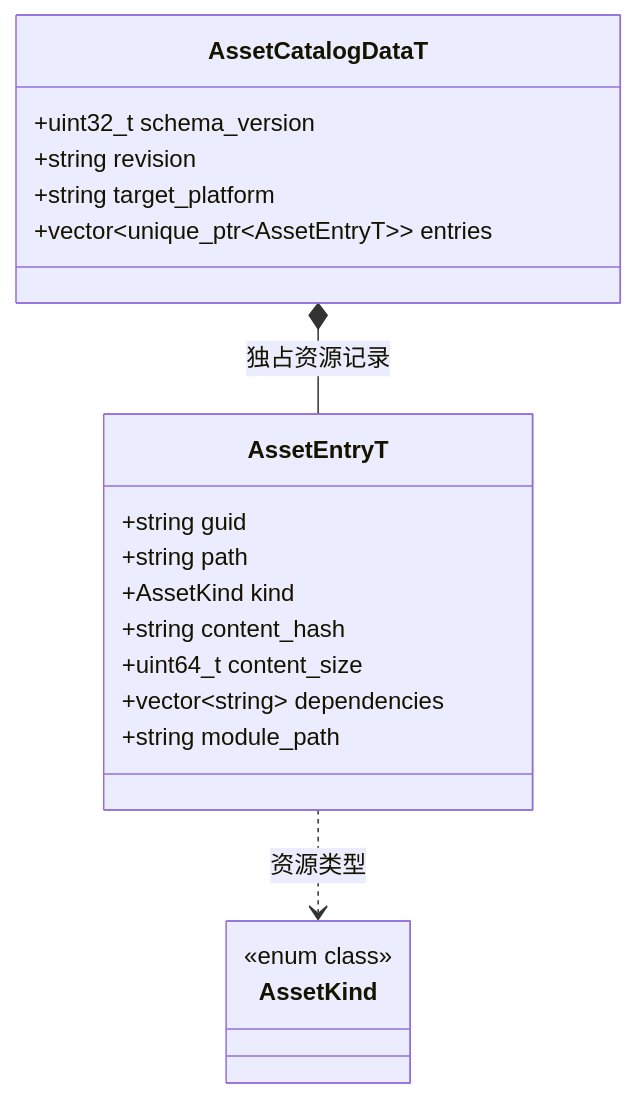
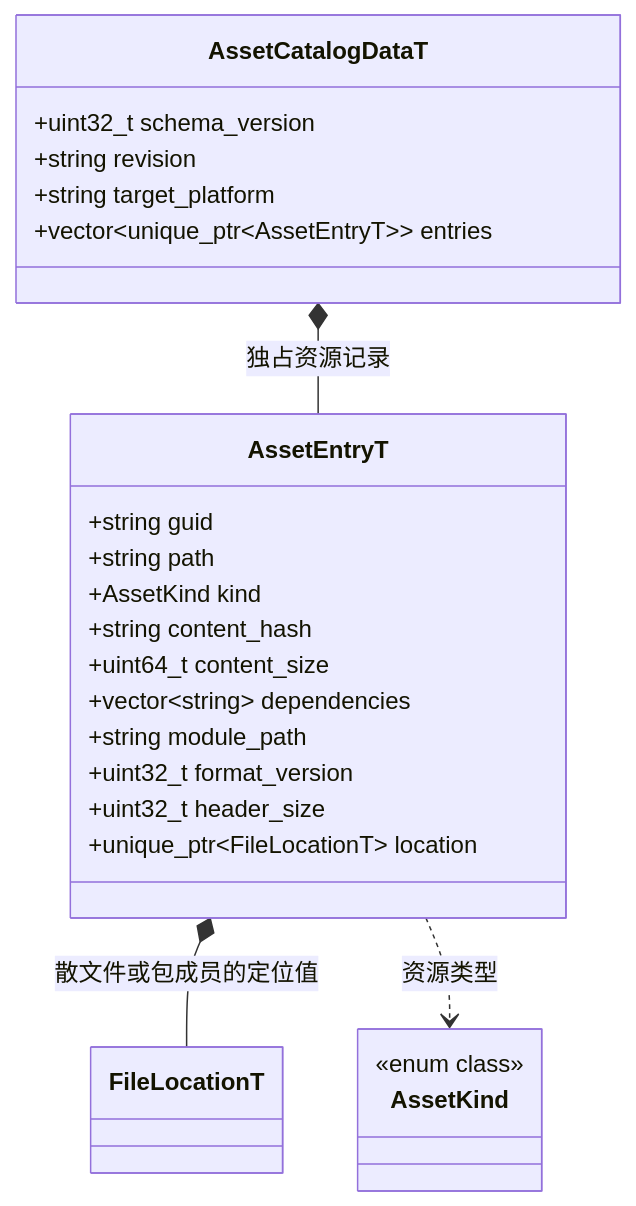
The fifth of 7 diagrams in docs/runtime/class-diagrams/scene-data.md (lcals/Engine), drawn with Mermaid before and after one commit. The commit also changed other lines of this file and 222 other files, not shown here.

Commit message:
Consolidate editor asset imports and align architecture documentation

````diff
--- a/docs/runtime/class-diagrams/scene-data.md
+++ b/docs/runtime/class-diagrams/scene-data.md
@@ -171,23 +186,28 @@
 ```mermaid
 classDiagram
     class AssetCatalogDataT {
         +uint32_t schema_version
         +string revision
         +string target_platform
         +vector~unique_ptr~AssetEntryT~~ entries
     }
     class AssetEntryT {
         +string guid
         +string path
         +AssetKind kind
         +string content_hash
         +uint64_t content_size
         +vector~string~ dependencies
         +string module_path
+        +uint32_t format_version
+        +uint32_t header_size
+        +unique_ptr~FileLocationT~ location
     }
     class AssetKind {
         <<enum class>>
     }
     AssetCatalogDataT *-- AssetEntryT : 独占资源记录
+    class FileLocationT
+    AssetEntryT *-- FileLocationT : 散文件或包成员的定位值
     AssetEntryT ..> AssetKind : 资源类型
 ```
````
